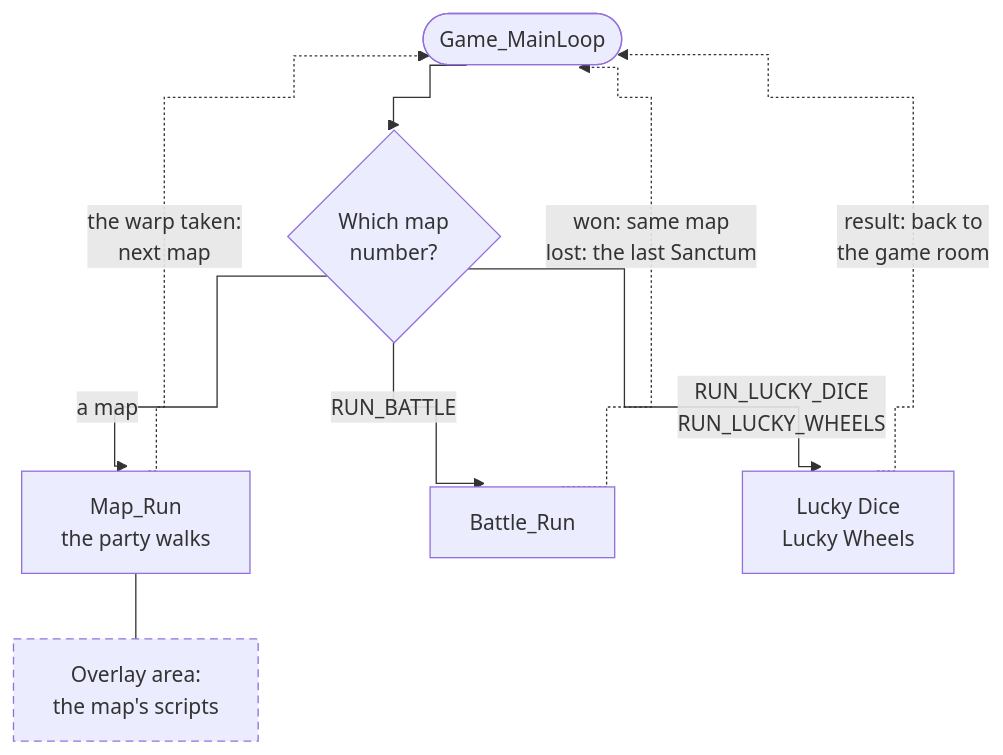
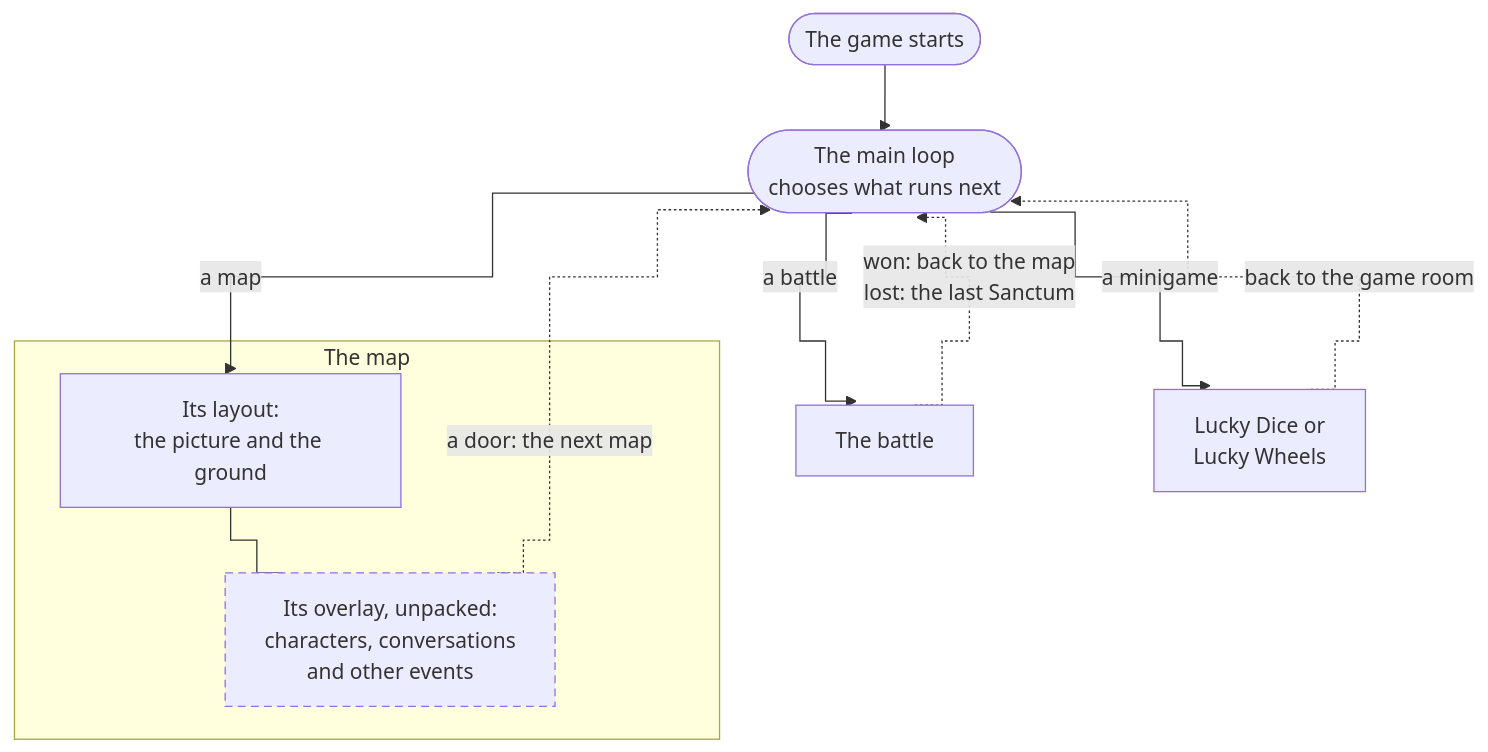
One commit to PascalPixel/alchemy changed the diagram in games/tbs/README.md. Above: the diagram before and after it, drawn with Mermaid.

Commit message:
Front page: the main-loop diagram says what the loop chooses and what a map is made of

````diff
--- a/games/tbs/README.md
+++ b/games/tbs/README.md
@@ -29,14 +29,17 @@
 ```mermaid
 %%{init: {"flowchart": {"curve": "step"}}}%%
 flowchart TD
-  loop(["Game_MainLoop"]) --> which{"Which map<br/>number?"}
-  which -- "a map" --> map["Map_Run<br/>the party walks"]
-  which -- "RUN_BATTLE" --> battle["Battle_Run"]
-  which -- "RUN_LUCKY_DICE<br/>RUN_LUCKY_WHEELS" --> mini["Lucky Dice<br/>Lucky Wheels"]
-  map -. "the warp taken:<br/>next map" .-> loop
-  battle -. "won: same map<br/>lost: the last Sanctum" .-> loop
-  mini -. "result: back to<br/>the game room" .-> loop
-  map --- scripts["Overlay area:<br/>the map's scripts"]
-  classDef overlay stroke-dasharray: 6 4
-  class scripts overlay
+  start(["The game starts"]) --> loop(["The main loop<br/>chooses what runs next"])
+  loop -- "a map" --> layout
+  loop -- "a battle" --> battle["The battle"]
+  loop -- "a minigame" --> mini["Lucky Dice or<br/>Lucky Wheels"]
+  subgraph map ["The map"]
+    layout["Its layout:<br/>the picture and the ground"]
+    layout --- overlay["Its overlay, unpacked:<br/>characters, conversations<br/>and other events"]
+  end
+  overlay -. "a door: the next map" .-> loop
+  battle -. "won: back to the map<br/>lost: the last Sanctum" .-> loop
+  mini -. "back to the game room" .-> loop
+  classDef dashed stroke-dasharray: 6 4
+  class overlay dashed
 ```
````
